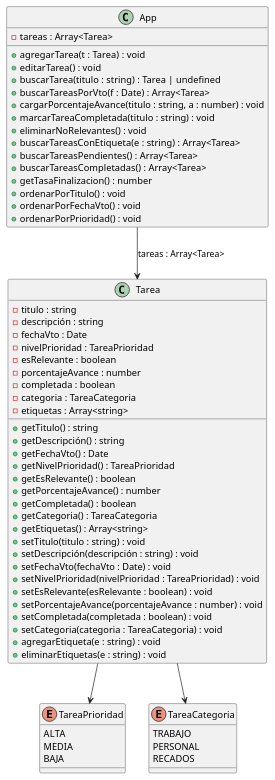
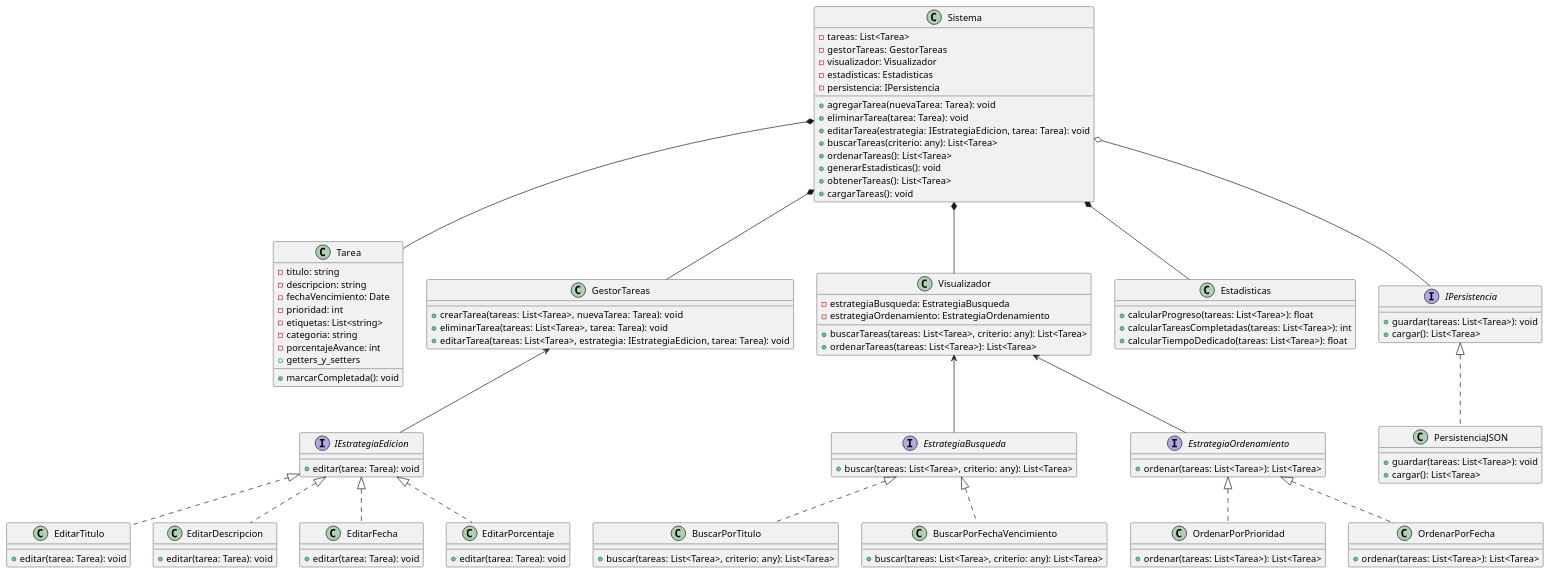
One commit to Luly88/programacion2 changed the diagram in UML/diagrama.puml. Above: the diagram before and after it, drawn with PlantUML.

Commit message:
Modificación en el archivo diagrama.puml

```diff
--- a/UML/diagrama.puml
+++ b/UML/diagrama.puml
@@ -1,67 +1,119 @@
-@startuml Diagrama
-
-class App {
-    - tareas : Array<Tarea>
-    + agregarTarea(t : Tarea) : void
-    + editarTarea() : void
-    + buscarTarea(titulo : string) : Tarea | undefined
-    + buscarTareasPorVto(f : Date) : Array<Tarea>
-    + cargarPorcentajeAvance(titulo : string, a : number) : void
-    + marcarTareaCompletada(titulo : string) : void
-    + eliminarNoRelevantes() : void
-    + buscarTareasConEtiqueta(e : string) : Array<Tarea>
-    + buscarTareasPendientes() : Array<Tarea>
-    + buscarTareasCompletadas() : Array<Tarea>
-    + getTasaFinalizacion() : number
-    + ordenarPorTitulo() : void
-    + ordenarPorFechaVto() : void
-    + ordenarPorPrioridad() : void
+@startuml TODO_app
+' Definición de clases
+class Sistema {
+  - tareas: List<Tarea>
+  - gestorTareas: GestorTareas
+  - visualizador: Visualizador
+  - estadisticas: Estadisticas
+  - persistencia: IPersistencia
+  + agregarTarea(nuevaTarea: Tarea): void
+  + eliminarTarea(tarea: Tarea): void
+  + editarTarea(estrategia: IEstrategiaEdicion, tarea: Tarea): void
+  + buscarTareas(criterio: any): List<Tarea>
+  + ordenarTareas(): List<Tarea>
+  + generarEstadisticas(): void
+  + obtenerTareas(): List<Tarea>
+  + cargarTareas(): void
 }
 
+
 class Tarea {
-    - titulo : string
-    - descripción : string
-    - fechaVto : Date
-    - nivelPrioridad : TareaPrioridad
-    - esRelevante : boolean
-    - porcentajeAvance : number
-    - completada : boolean
-    - categoria : TareaCategoria
-    - etiquetas : Array<string>
-    + getTitulo() : string
-    + getDescripción() : string
-    + getFechaVto() : Date
-    + getNivelPrioridad() : TareaPrioridad
-    + getEsRelevante() : boolean
-    + getPorcentajeAvance() : number
-    + getCompletada() : boolean
-    + getCategoria() : TareaCategoria
-    + getEtiquetas() : Array<string>
-    + setTitulo(titulo : string) : void
-    + setDescripción(descripción : string) : void
-    + setFechaVto(fechaVto : Date) : void
-    + setNivelPrioridad(nivelPrioridad : TareaPrioridad) : void
-    + setEsRelevante(esRelevante : boolean) : void
-    + setPorcentajeAvance(porcentajeAvance : number) : void
-    + setCompletada(completada : boolean) : void
-    + setCategoria(categoria : TareaCategoria) : void
-    + agregarEtiqueta(e : string) : void
-    + eliminarEtiquetas(e : string) : void
+  - titulo: string
+  - descripcion: string
+  - fechaVencimiento: Date
+  - prioridad: int
+  - etiquetas: List<string>
+  - categoria: string
+  - porcentajeAvance: int
+  + getters_y_setters
+  + marcarCompletada(): void
 }
 
-enum TareaPrioridad {
-    ALTA
-    MEDIA
-    BAJA
+class GestorTareas {
+  + crearTarea(tareas: List<Tarea>, nuevaTarea: Tarea): void
+  + eliminarTarea(tareas: List<Tarea>, tarea: Tarea): void
+  + editarTarea(tareas: List<Tarea>, estrategia: IEstrategiaEdicion, tarea: Tarea): void
 }
 
-enum TareaCategoria {
-    TRABAJO
-    PERSONAL
-    RECADOS
+interface IEstrategiaEdicion {
+  + editar(tarea: Tarea): void
 }
 
-App --> Tarea : "tareas : Array<Tarea>"
-Tarea --> TareaPrioridad
-Tarea --> TareaCategoria
+class EditarTitulo implements IEstrategiaEdicion {
+  + editar(tarea: Tarea): void
+}
+
+class EditarDescripcion implements IEstrategiaEdicion {
+  + editar(tarea: Tarea): void
+}
+
+class EditarFecha implements IEstrategiaEdicion {
+  + editar(tarea: Tarea): void
+}
+
+class EditarPorcentaje implements IEstrategiaEdicion {
+  + editar(tarea: Tarea): void
+}
+
+class Visualizador {
+  - estrategiaBusqueda: EstrategiaBusqueda
+  - estrategiaOrdenamiento: EstrategiaOrdenamiento
+  + buscarTareas(tareas: List<Tarea>, criterio: any): List<Tarea>
+  + ordenarTareas(tareas: List<Tarea>): List<Tarea>
+}
+
+interface EstrategiaBusqueda {
+  + buscar(tareas: List<Tarea>, criterio: any): List<Tarea>
+}
+
+class BuscarPorTitulo implements EstrategiaBusqueda {
+  + buscar(tareas: List<Tarea>, criterio: any): List<Tarea>
+}
+
+class BuscarPorFechaVencimiento implements EstrategiaBusqueda {
+  + buscar(tareas: List<Tarea>, criterio: any): List<Tarea>
+}
+
+interface EstrategiaOrdenamiento {
+  + ordenar(tareas: List<Tarea>): List<Tarea>
+}
+
+class OrdenarPorPrioridad implements EstrategiaOrdenamiento {
+  + ordenar(tareas: List<Tarea>): List<Tarea>
+}
+
+class OrdenarPorFecha implements EstrategiaOrdenamiento {
+  + ordenar(tareas: List<Tarea>): List<Tarea>
+}
+
+class Estadisticas {
+  + calcularProgreso(tareas: List<Tarea>): float
+  + calcularTareasCompletadas(tareas: List<Tarea>): int
+  + calcularTiempoDedicado(tareas: List<Tarea>): float
+}
+
+interface IPersistencia {
+  + guardar(tareas: List<Tarea>): void
+  + cargar(): List<Tarea>
+}
+
+class PersistenciaJSON implements IPersistencia {
+  + guardar(tareas: List<Tarea>): void
+  + cargar(): List<Tarea>
+}
+
+
+
+' Relaciones
+Sistema *-- Tarea
+Sistema *-- GestorTareas
+Sistema *-- Visualizador
+Sistema *-- Estadisticas
+Sistema o-- IPersistencia
+
+GestorTareas <-- IEstrategiaEdicion
+
+Visualizador <-- EstrategiaBusqueda
+Visualizador <-- EstrategiaOrdenamiento
+
 @enduml
```
